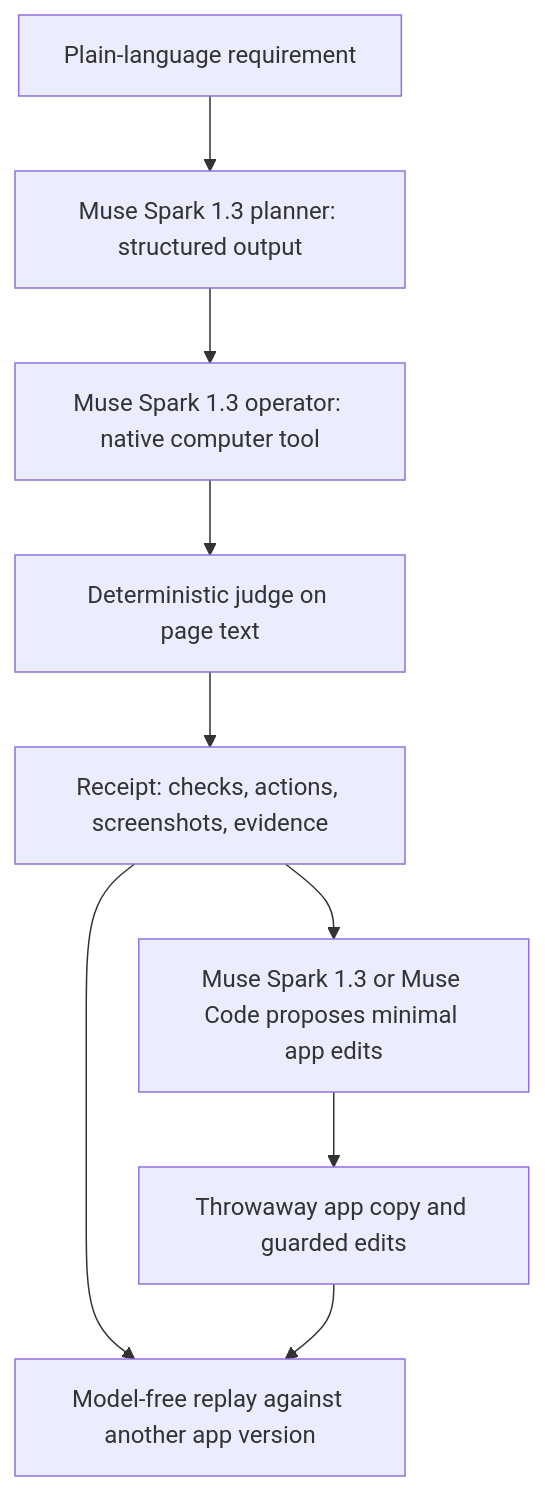
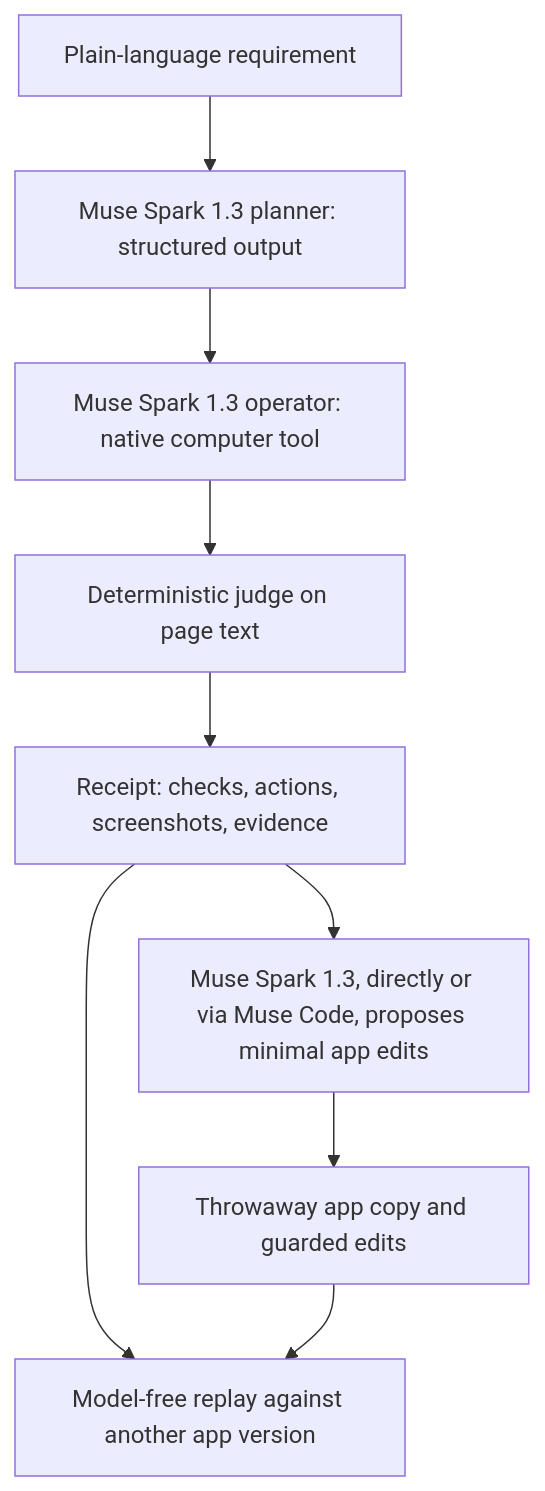
One commit to Driedsandwich/plainproof changed the diagram in README.md. Above: the diagram before and after it, drawn with Mermaid. The commit also changed 1 other file, not shown here.

Commit message:
Describe Muse Code as the optional fixer in the demo script and diagram

````diff
--- a/README.md
+++ b/README.md
@@ -9,11 +9,11 @@
 ```mermaid
 flowchart TD
     A[Plain-language requirement] --> B[Muse Spark 1.3 planner: structured output]
     B --> C[Muse Spark 1.3 operator: native computer tool]
     C --> D[Deterministic judge on page text]
     D --> E[Receipt: checks, actions, screenshots, evidence]
     E --> F[Model-free replay against another app version]
-    E --> G[Muse Spark 1.3 or Muse Code proposes minimal app edits]
+    E --> G[Muse Spark 1.3, directly or via Muse Code, proposes minimal app edits]
     G --> H[Throwaway app copy and guarded edits]
     H --> F
 ```
````
